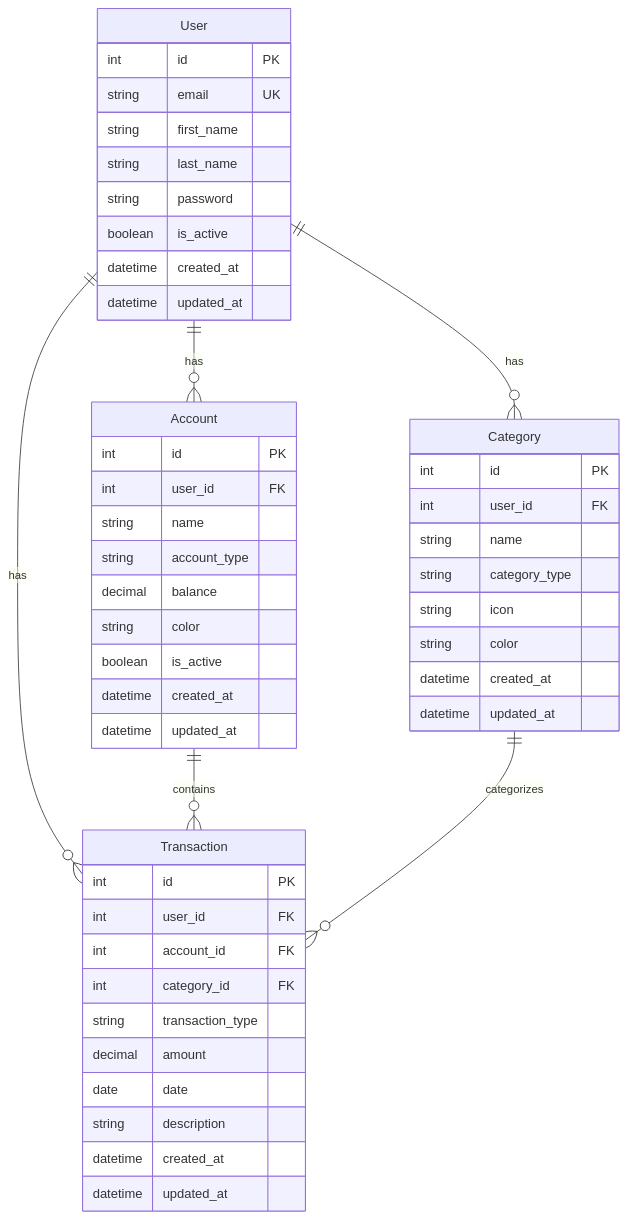
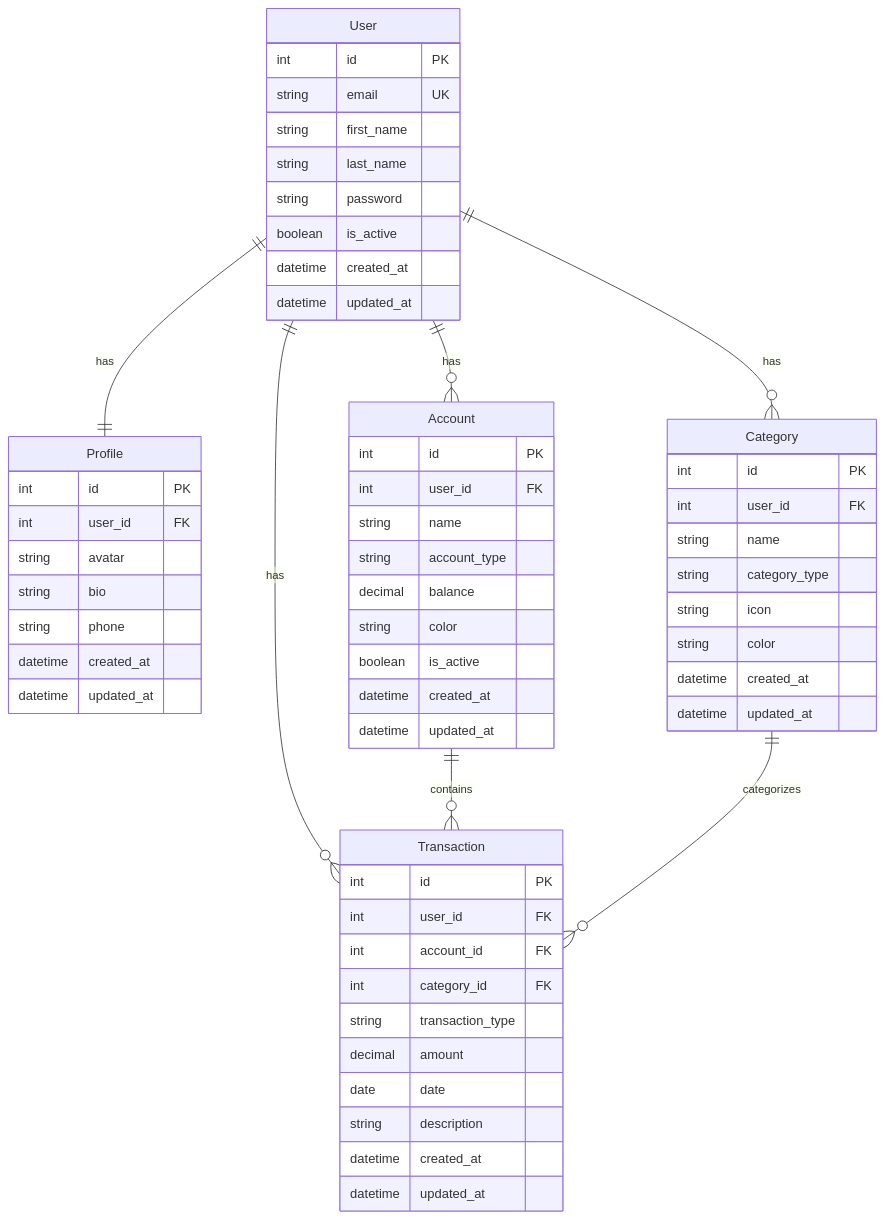
Before and after one commit to olavolicursi/Finanpy: the third of 3 diagrams in PRD.MD, drawn with Mermaid. The commit also changed other lines of this file and 14 other files, not shown here.

````diff
--- a/PRD.MD
+++ b/PRD.MD
@@ -360,55 +376,66 @@
 ```mermaid
 erDiagram
+    User ||--|| Profile : has
     User ||--o{ Account : has
     User ||--o{ Category : has
     User ||--o{ Transaction : has
     Account ||--o{ Transaction : contains
     Category ||--o{ Transaction : categorizes
+
+    Profile {
+        int id PK
+        int user_id FK
+        string avatar
+        string bio
+        string phone
+        datetime created_at
+        datetime updated_at
+    }
 
     User {
         int id PK
         string email UK
         string first_name
         string last_name
         string password
         boolean is_active
         datetime created_at
         datetime updated_at
     }
 
     Account {
         int id PK
         int user_id FK
         string name
         string account_type
         decimal balance
         string color
         boolean is_active
         datetime created_at
         datetime updated_at
     }
 
     Category {
         int id PK
         int user_id FK
         string name
         string category_type
         string icon
         string color
         datetime created_at
         datetime updated_at
     }
 
     Transaction {
         int id PK
         int user_id FK
         int account_id FK
         int category_id FK
         string transaction_type
         decimal amount
         date date
         string description
         datetime created_at
         datetime updated_at
     }
 ```
````
